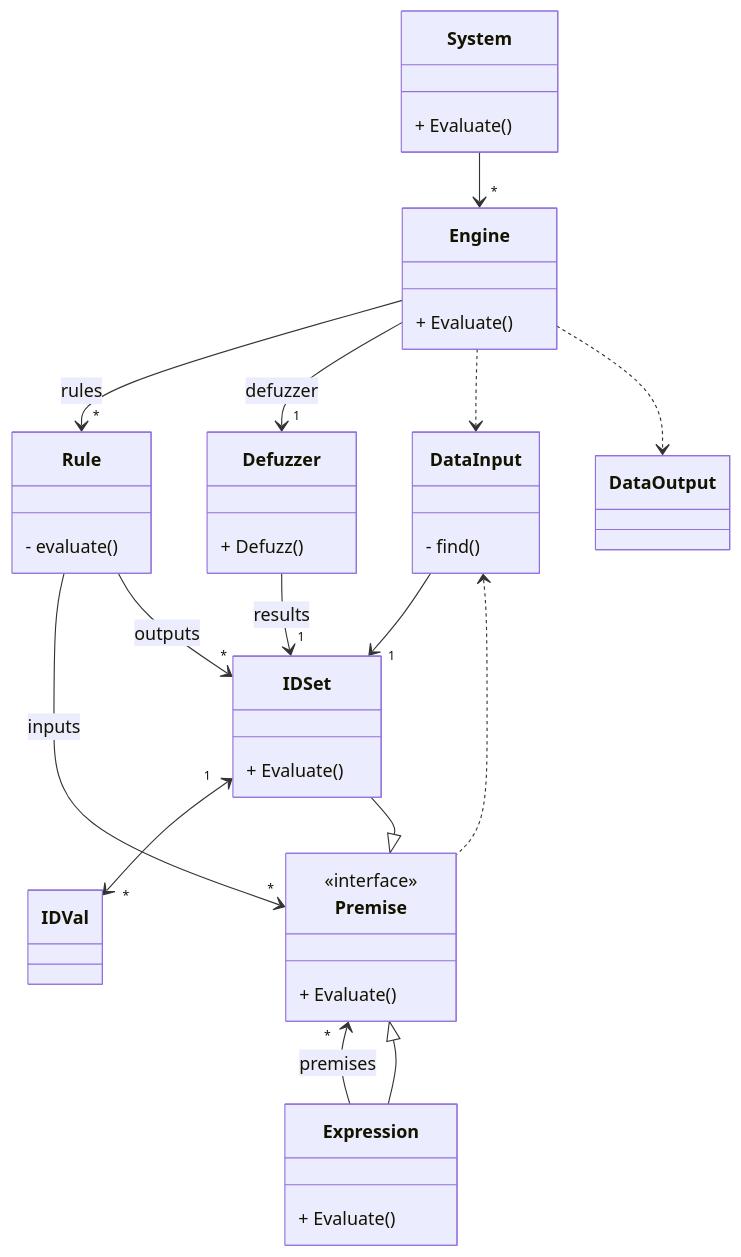
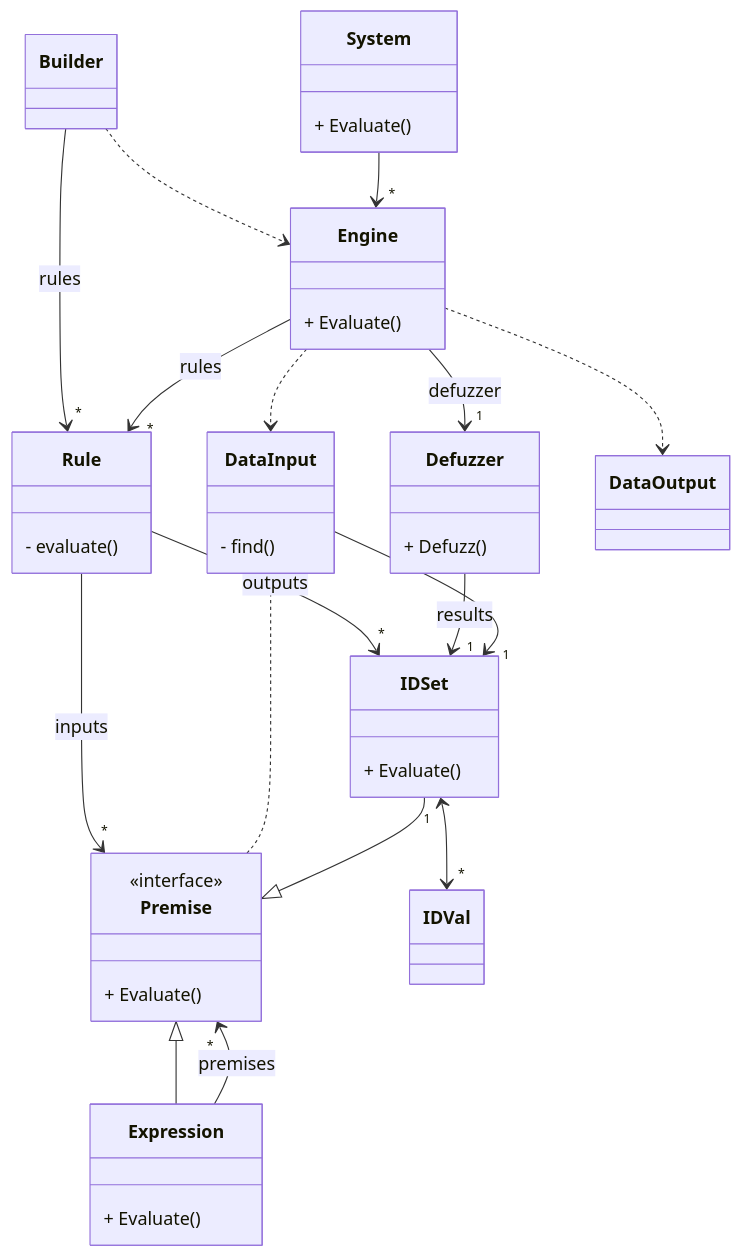
The diagram in readme.md (sbiemont/fugologic), drawn with Mermaid before and after one commit. The commit also changed other lines of this file and 5 other files, not shown here.

Commit message:
allow builder to create engine

````diff
--- a/readme.md
+++ b/readme.md
@@ -302,47 +327,50 @@
 ```mermaid
 classDiagram
   class Premise {
     <<interface>>
     + Evaluate()
   }
   class Expression {
     + Evaluate()
   }
   class Engine {
     + Evaluate()
   }
   class IDSet {
     + Evaluate()
   }
   class Defuzzer {
     + Defuzz()
   }
   class DataInput {
     - find()
   }
   class System {
     + Evaluate()
   }
   class Rule {
     - evaluate()
   }
 
   System --> "*" Engine
   DataInput --> "1" IDSet
   Defuzzer --> "1" IDSet : results
 
   IDSet "1" <--> "*" IDVal
 
   Premise "*" <-- Expression : premises
   Expression --|> Premise
   IDSet --|> Premise
   DataInput <.. Premise
 
   Engine --> "*" Rule : rules
   Engine --> "1" Defuzzer : defuzzer
   Engine ..> DataInput
   Engine ..> DataOutput
 
+  Builder --> "*" Rule : rules
+  Builder ..> Engine
+
   Rule --> "*" Premise : inputs
   Rule --> "*" IDSet : outputs
 ```
````
